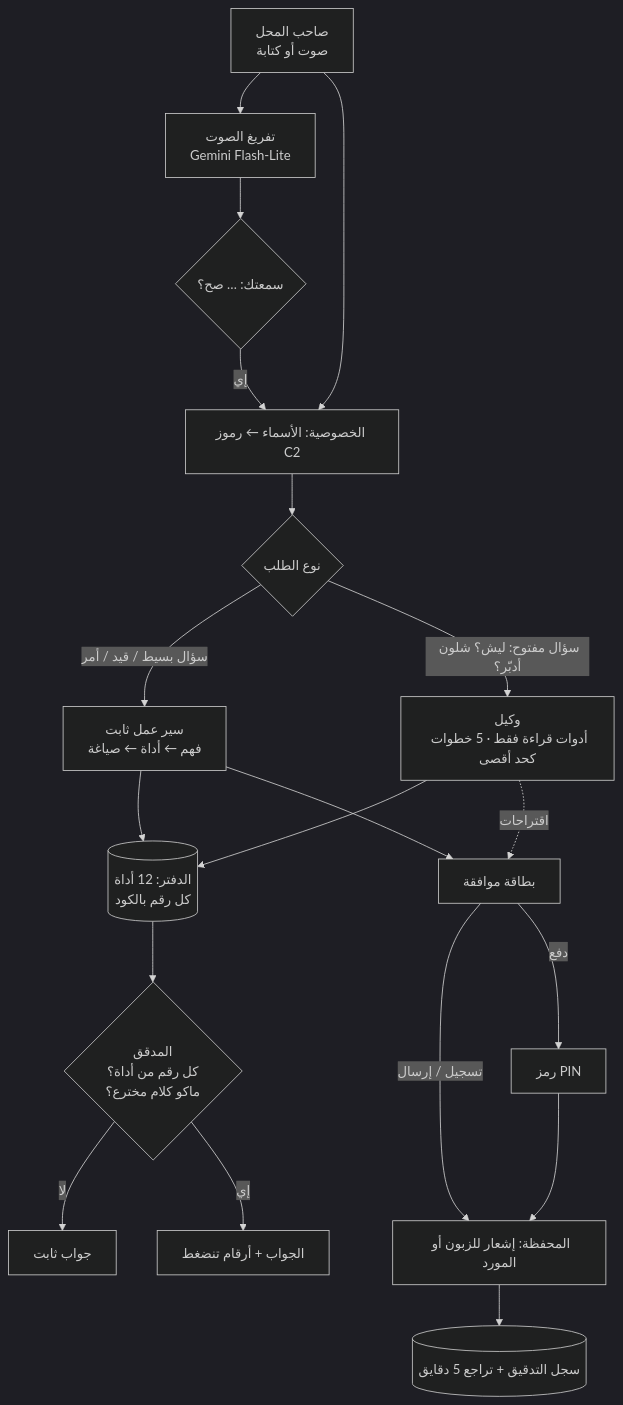
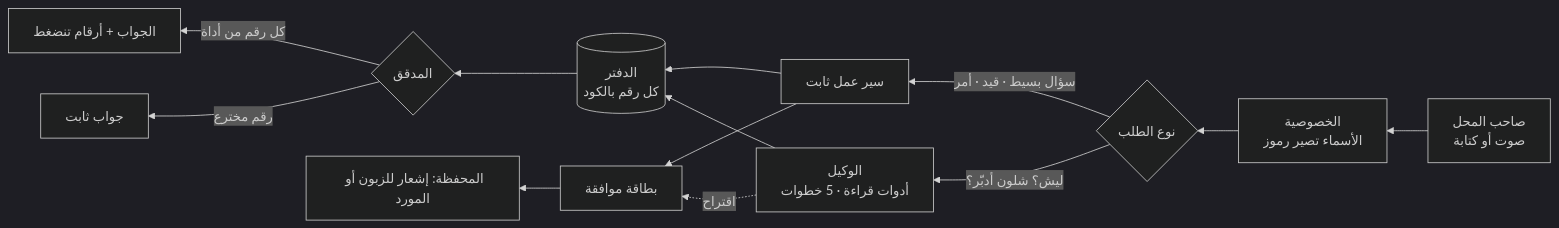
Before and after one commit to inkedo300-bot/zain-agent: the diagram in README.md, drawn with Mermaid (dark theme). The commit also changed other lines of this file and 9 other files, not shown here.

````diff
--- a/README.md
+++ b/README.md
@@ -151,20 +68,15 @@
 ```mermaid
-flowchart TB
-  U["صاحب المحل<br/>صوت أو كتابة"] --> STT["تفريغ الصوت<br/>Gemini Flash-Lite"]
-  STT --> HB{"سمعتك: … صح؟"}
-  U --> PR
-  HB -->|إي| PR["الخصوصية: الأسماء ← رموز C2"]
-  PR --> R{"نوع الطلب"}
-  R -->|"سؤال بسيط / قيد / أمر"| WF["سير عمل ثابت<br/>فهم ← أداة ← صياغة"]
-  R -->|"سؤال مفتوح: ليش؟ شلون أدبّر؟"| AG["وكيل<br/>أدوات قراءة فقط · 5 خطوات كحد أقصى"]
-  WF --> T[("الدفتر: 12 أداة<br/>كل رقم بالكود")]
-  AG --> T
-  T --> V{"المدقق<br/>كل رقم من أداة؟<br/>ماكو كلام مخترع؟"}
-  V -->|لا| FB["جواب ثابت"]
-  V -->|إي| ANS["الجواب + أرقام تنضغط"]
-  AG -.->|اقتراحات| CARD
-  WF --> CARD["بطاقة موافقة"]
-  CARD -->|"تسجيل / إرسال"| ACT["المحفظة: إشعار للزبون أو المورد"]
-  CARD -->|"دفع"| PIN["رمز PIN"] --> ACT
-  ACT --> LOG[("سجل التدقيق + تراجع 5 دقايق")]
+flowchart RL
+  U["صاحب المحل<br/>صوت أو كتابة"] --> P["الخصوصية<br/>الأسماء تصير رموز"]
+  P --> R{"نوع الطلب"}
+  R -->|"سؤال بسيط · قيد · أمر"| W["سير عمل ثابت"]
+  R -->|"ليش؟ شلون أدبّر؟"| A["الوكيل<br/>أدوات قراءة · 5 خطوات"]
+  W --> L[("الدفتر<br/>كل رقم بالكود")]
+  A --> L
+  L --> V{"المدقق"}
+  V -->|"كل رقم من أداة"| OK["الجواب + أرقام تنضغط"]
+  V -->|"رقم مخترع"| FB["جواب ثابت"]
+  W --> C["بطاقة موافقة"]
+  A -. "اقتراح" .-> C
+  C --> M["المحفظة: إشعار للزبون أو المورد"]
 ```
````
